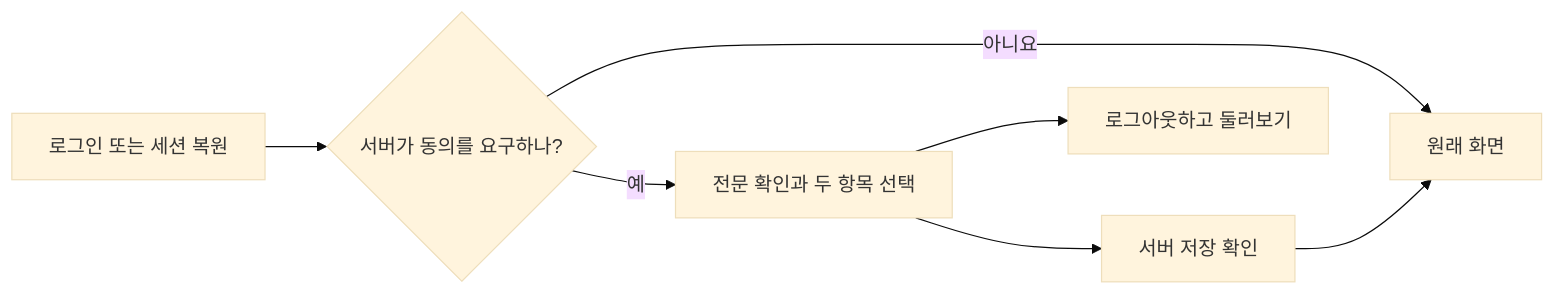
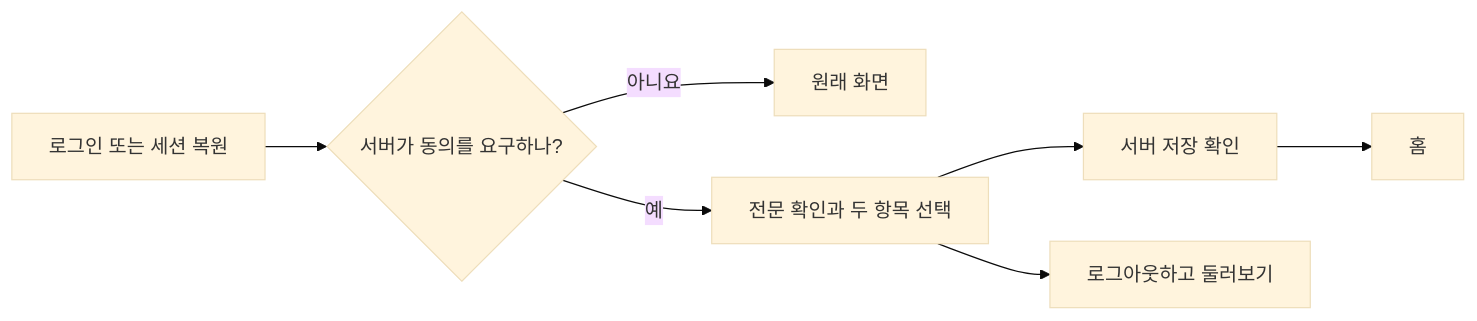
Before and after one commit to woowacourse-teams/2026-Harudle: the diagram in frontend/web/docs/terms-consent.md, drawn with Mermaid (base theme). The commit also changed other lines of this file and 7 other files, not shown here.

````diff
--- a/frontend/web/docs/terms-consent.md
+++ b/frontend/web/docs/terms-consent.md
@@ -11,9 +11,9 @@
 ```mermaid
 flowchart LR
     A["로그인 또는 세션 복원"] --> B{"서버가 동의를 요구하나?"}
     B -->|아니요| C["원래 화면"]
     B -->|예| D["전문 확인과 두 항목 선택"]
     D --> E["서버 저장 확인"]
-    E --> C
+    E --> G["홈"]
     D --> F["로그아웃하고 둘러보기"]
 ```
````
